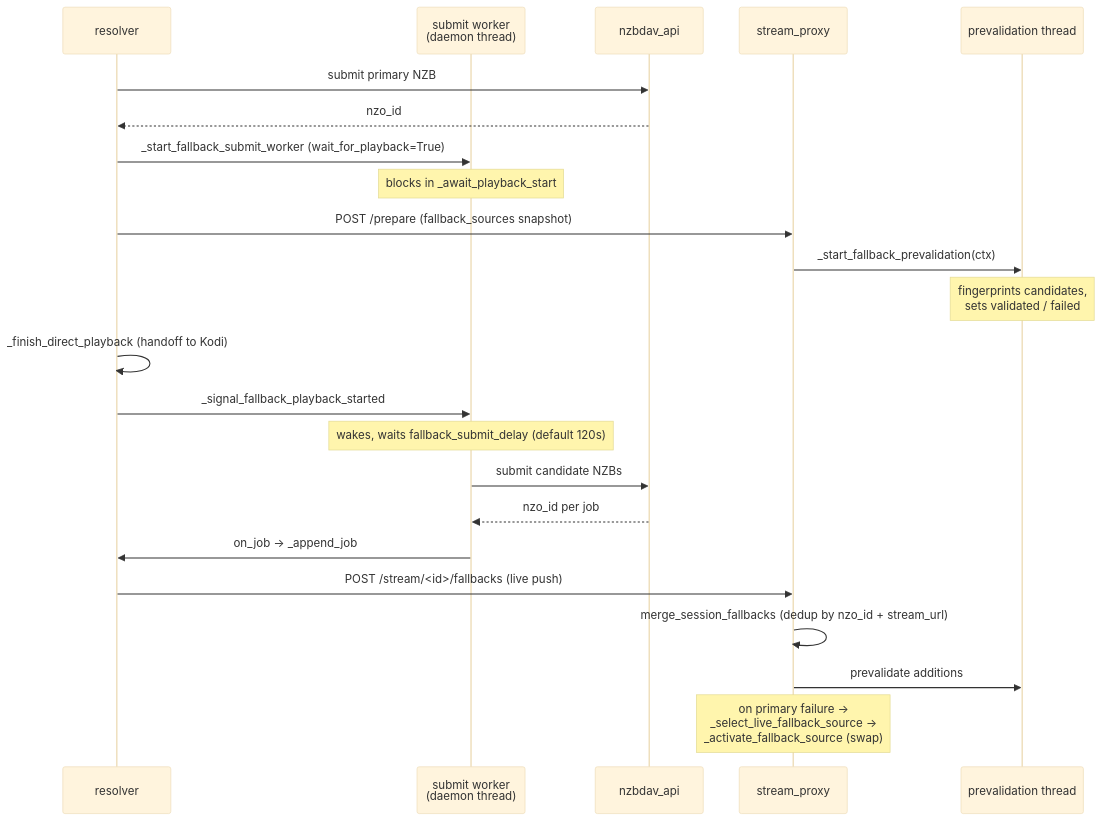
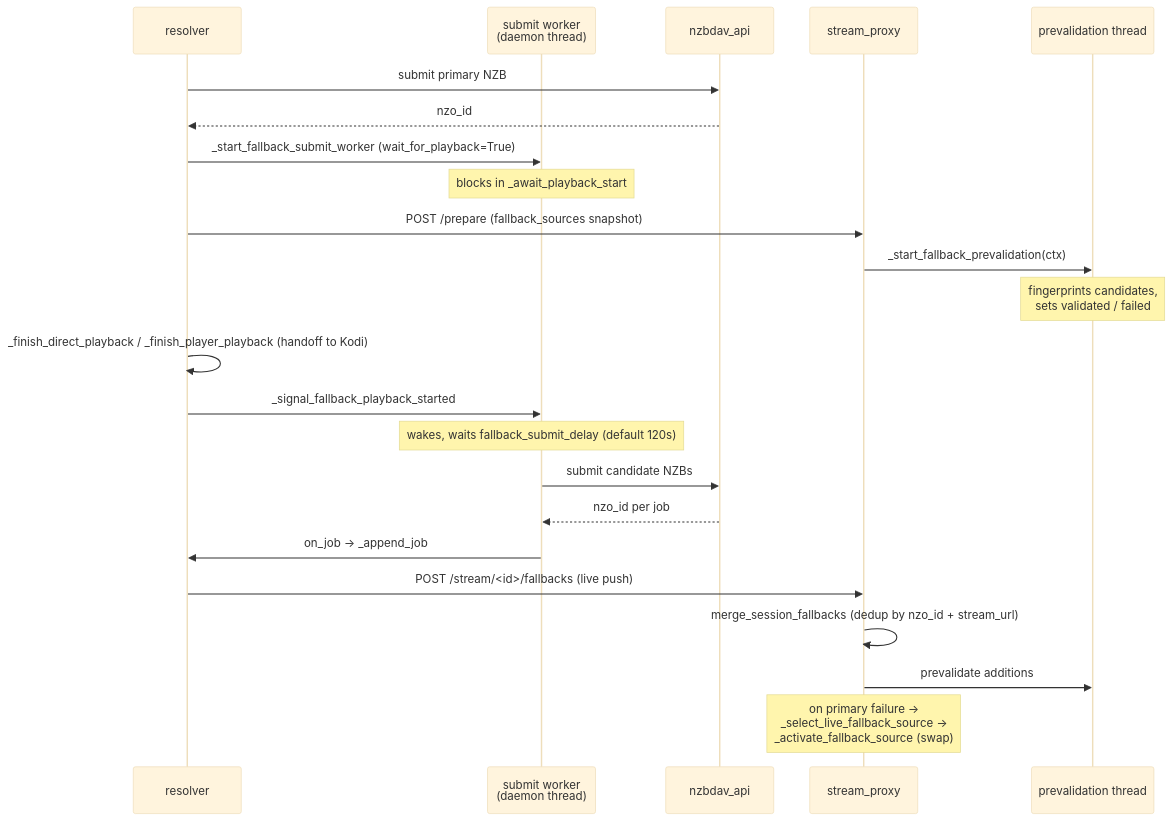
One commit to Appz4Fun/nzbdavkodi changed the second of 2 diagrams in FALLBACK_INFO.md. Above: the diagram before and after it, drawn with Mermaid (base theme). The commit also changed other lines of this file and 8 other files, not shown here.

````diff
--- a/FALLBACK_INFO.md
+++ b/FALLBACK_INFO.md
@@ -71,26 +72,26 @@
 ```mermaid
 sequenceDiagram
     participant R as resolver
     participant W as submit worker<br/>(daemon thread)
     participant API as nzbdav_api
     participant P as stream_proxy
     participant PV as prevalidation thread
 
     R->>API: submit primary NZB
     API-->>R: nzo_id
     R->>W: _start_fallback_submit_worker (wait_for_playback=True)
     Note over W: blocks in _await_playback_start
     R->>P: POST /prepare (fallback_sources snapshot)
     P->>PV: _start_fallback_prevalidation(ctx)
     Note over PV: fingerprints candidates,<br/>sets validated / failed
-    R->>R: _finish_direct_playback (handoff to Kodi)
+    R->>R: _finish_direct_playback / _finish_player_playback (handoff to Kodi)
     R->>W: _signal_fallback_playback_started
     Note over W: wakes, waits fallback_submit_delay (default 120s)
     W->>API: submit candidate NZBs
     API-->>W: nzo_id per job
     W->>R: on_job -> _append_job
     R->>P: POST /stream/<id>/fallbacks (live push)
     P->>P: merge_session_fallbacks (dedup by nzo_id + stream_url)
     P->>PV: prevalidate additions
     Note over P: on primary failure -><br/>_select_live_fallback_source -><br/>_activate_fallback_source (swap)
 ```
````
